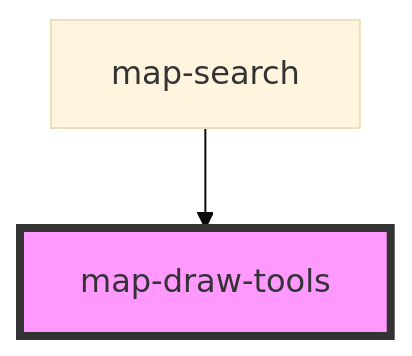
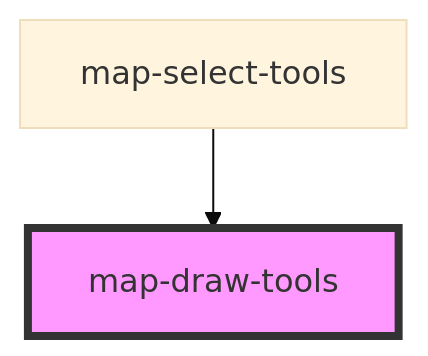
The diagram in src/components/map-draw-tools/readme.md (Esri/solutions-components), drawn with Mermaid (base theme) before and after one commit. The commit also changed other lines of this file and 14 other files, not shown here.

Commit message:
create map-select-tools and remove map-search

````diff
--- a/src/components/map-draw-tools/readme.md
+++ b/src/components/map-draw-tools/readme.md
@@ -32,5 +32,5 @@
 ```mermaid
 graph TD;
-  map-search --> map-draw-tools
+  map-select-tools --> map-draw-tools
   style map-draw-tools fill:#f9f,stroke:#333,stroke-width:4px
 ```
````
